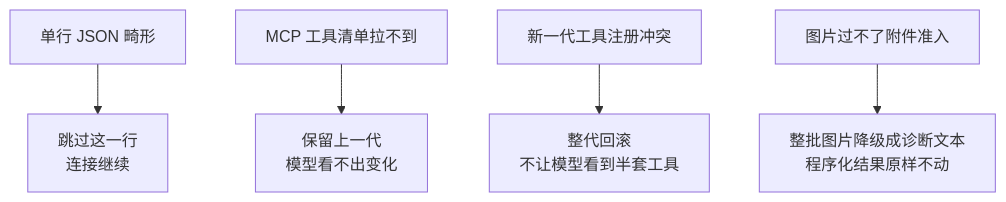
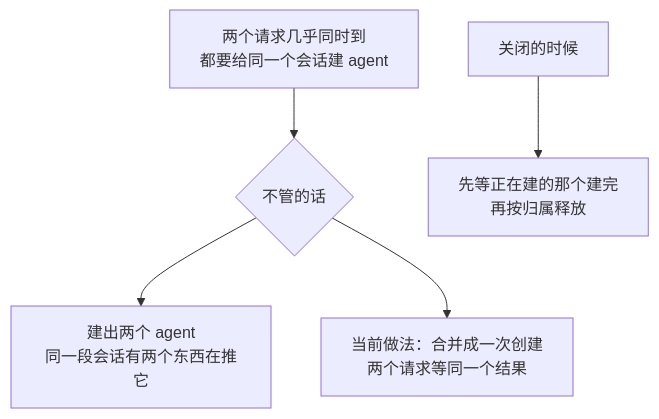
Diagram 16 of 41 in docs/modules/protocol.md (snight1983/ds-harness-go), drawn with Mermaid before and after one commit. The commit also changed other lines of this file and 43 other files, not shown here.

Commit message:
docs: 图解架构与模块设计

````diff
--- a/docs/modules/protocol.md
+++ b/docs/modules/protocol.md
@@ -94,7 +156,7 @@
 ```mermaid
-flowchart TB
-    A["单行 JSON 畸形"] --> A2["跳过这一行<br/>连接继续"]
-    B["MCP 工具清单拉不到"] --> B2["保留上一代<br/>模型看不出变化"]
-    C["新一代工具注册冲突"] --> C2["整代回滚<br/>不让模型看到半套工具"]
-    D["图片过不了附件准入"] --> D2["整批图片降级成诊断文本<br/>程序化结果原样不动"]
+flowchart TD
+    A["两个请求几乎同时到<br/>都要给同一个会话建 agent"] --> B{"不管的话"}
+    B --> C["建出两个 agent<br/>同一段会话有两个东西在推它"]
+    B --> D["当前做法：合并成一次创建<br/>两个请求等同一个结果"]
+    E["关闭的时候"] --> F["先等正在建的那个建完<br/>再按归属释放"]
 ```
````
